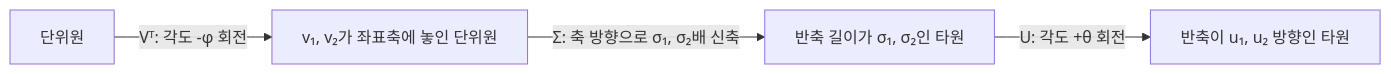
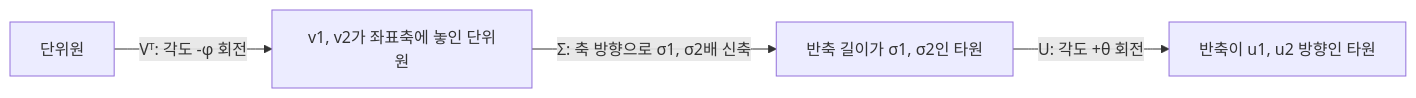
One commit to Choroning/26Spring_Computer-Linear-Algebra changed the second of 2 diagrams in Lecture-Notes/Ch07_Singular-Value-Decomposition/Concepts_Lecture.ko.md. Above: the diagram before and after it, drawn with Mermaid. The commit also changed other lines of this file and 5 other files, not shown here.

````diff
--- a/Lecture-Notes/Ch07_Singular-Value-Decomposition/Concepts_Lecture.ko.md
+++ b/Lecture-Notes/Ch07_Singular-Value-Decomposition/Concepts_Lecture.ko.md
@@ -308,6 +308,6 @@
 ```mermaid
 flowchart LR
-    S0["단위원"] -->|"Vᵀ: 각도 -φ 회전"| S1["v₁, v₂가 좌표축에 놓인 단위원"]
-    S1 -->|"Σ: 축 방향으로 σ₁, σ₂배 신축"| S2["반축 길이가 σ₁, σ₂인 타원"]
-    S2 -->|"U: 각도 +θ 회전"| S3["반축이 u₁, u₂ 방향인 타원"]
+    S0["단위원"] -->|"Vᵀ: 각도 -φ 회전"| S1["v1, v2가 좌표축에 놓인 단위원"]
+    S1 -->|"Σ: 축 방향으로 σ1, σ2배 신축"| S2["반축 길이가 σ1, σ2인 타원"]
+    S2 -->|"U: 각도 +θ 회전"| S3["반축이 u1, u2 방향인 타원"]
 ```
````
